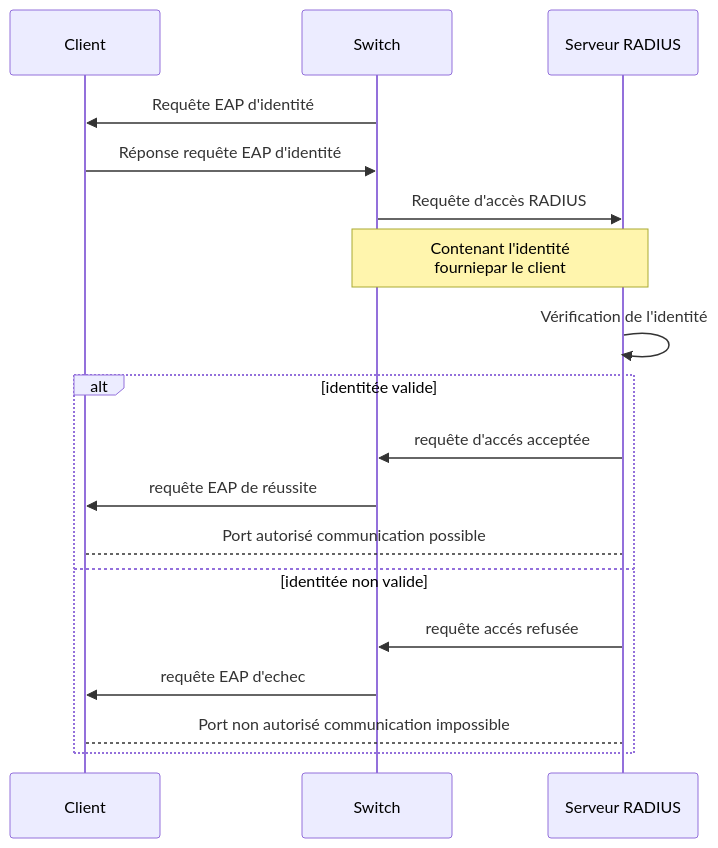
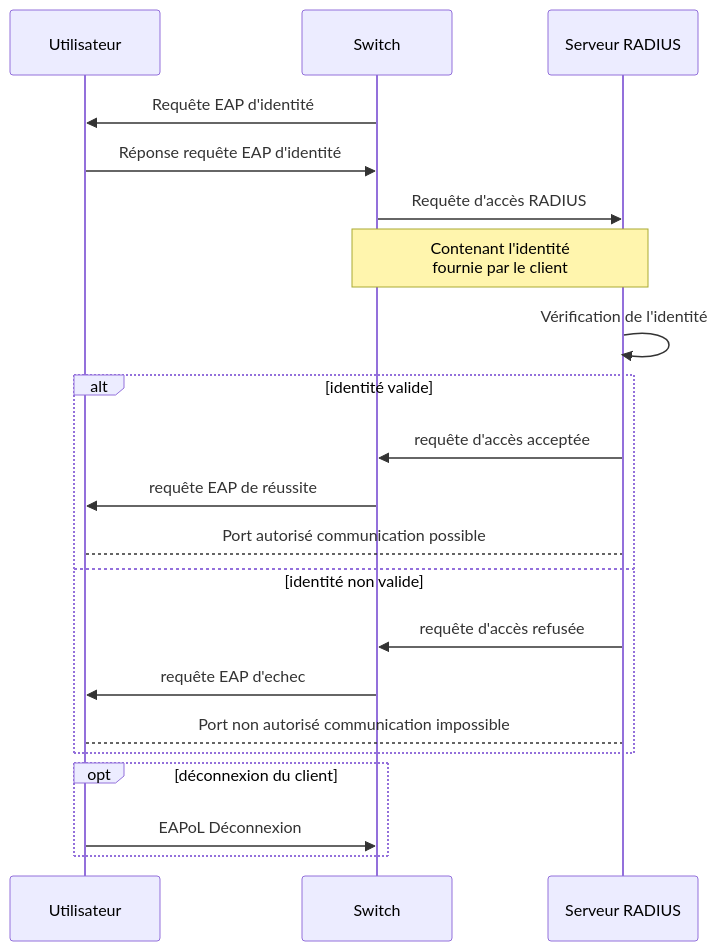
The diagram in BUT3/SAE/test.md (Nicoloutree/wiki), drawn with Mermaid before and after one commit. The commit also changed other lines of this file, not shown here.

Commit message:
docs: update BUT3/SAE/test

````diff
--- a/BUT3/SAE/test.md
+++ b/BUT3/SAE/test.md
@@ -13,20 +17,23 @@
 ```mermaid 
   sequenceDiagram
-  	participant C as Client
+  	participant U as Utilisateur
     Participant S as Switch
     Participant SR as Serveur RADIUS
-    S->>C: Requête EAP d'identité
-    C->>S: Réponse requête EAP d'identité 
+    S->>U: Requête EAP d'identité
+    U->>S: Réponse requête EAP d'identité 
     S->>SR: Requête d'accès RADIUS
-    Note over S,SR: Contenant l'identité <br> fourniepar le client
+    Note over S,SR: Contenant l'identité <br> fournie par le client
     SR->>SR: Vérification de l'identité
-    alt identitée valide
-    	SR->>S: requête d'accés acceptée
-      S->>C: requête EAP de réussite
-      C-->SR: Port autorisé communication possible
-    else identitée non valide
-    	SR->>S: requête accés refusée
-      S->>C: requête EAP d'echec
-      C-->SR: Port non autorisé communication impossible
+    alt identité valide
+    	SR->>S: requête d'accès acceptée
+      S->>U: requête EAP de réussite
+      U-->SR: Port autorisé communication possible
+    else identité non valide
+    	SR->>S: requête d'accès refusée
+      S->>U: requête EAP d'echec
+      U-->SR: Port non autorisé communication impossible
     end
+    opt déconnexion du client
+    U->>S: EAPoL Déconnexion
+   	end
 ```
````
